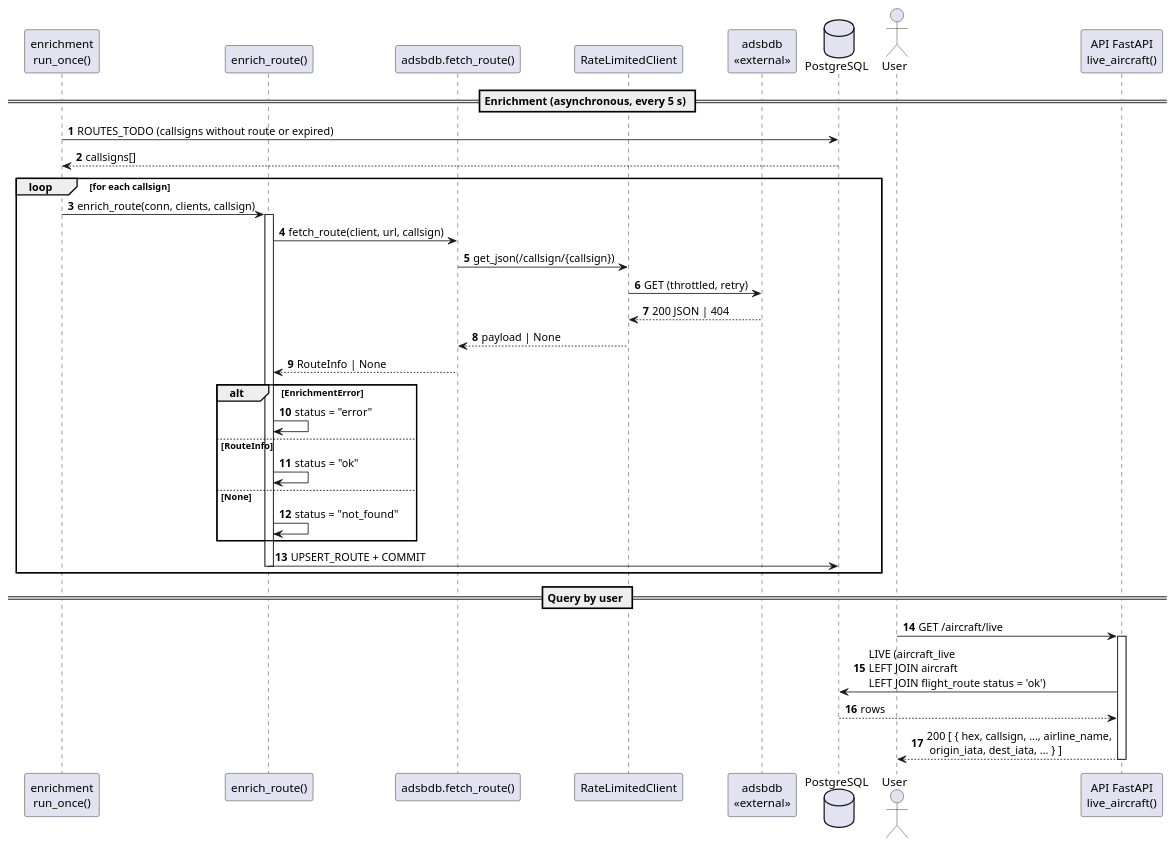
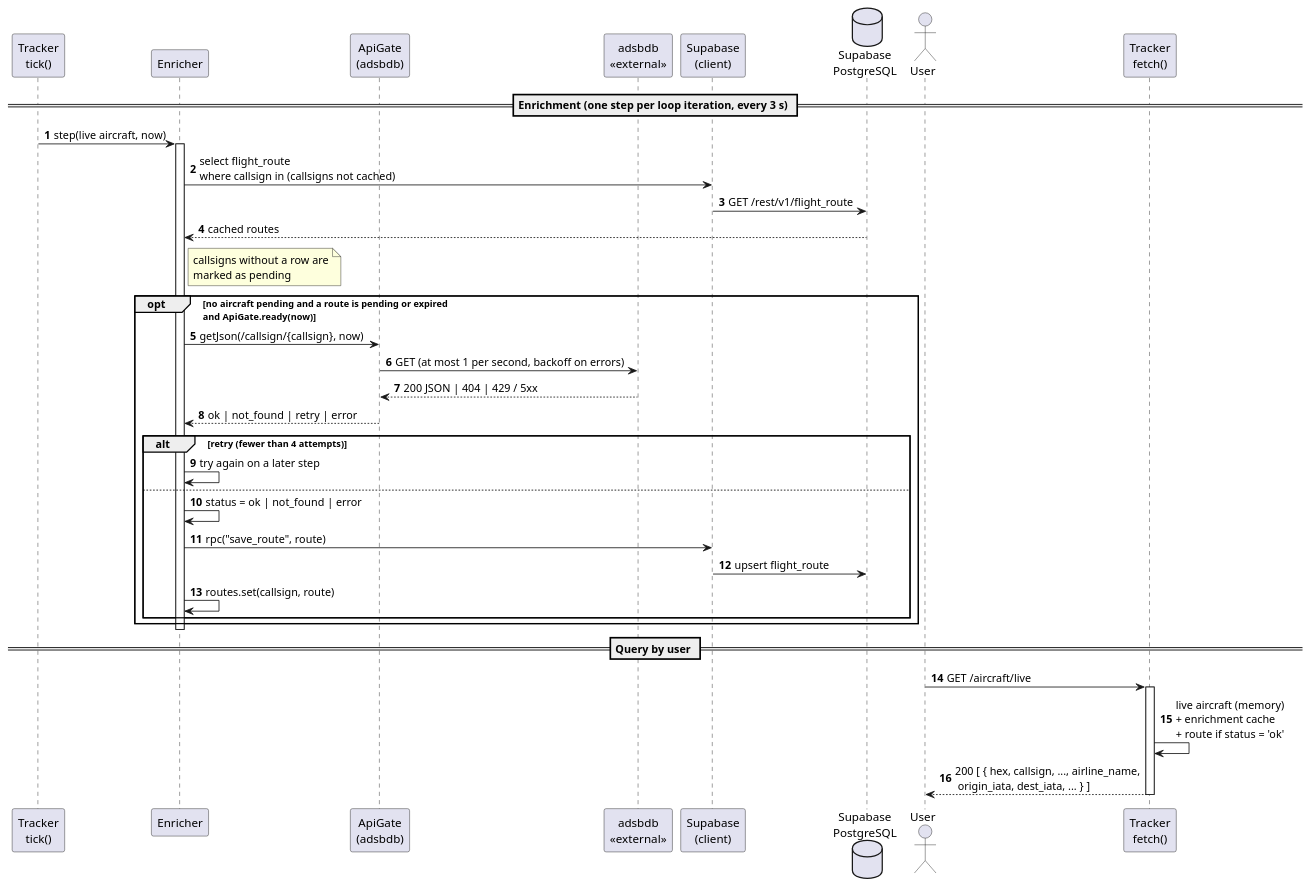
Before and after one commit to miguelsiilva1/SkyTracer: the diagram in docs/system-documentation/use-cases/US03/puml/sd_us03.puml, drawn with PlantUML. The commit also changed 31 other files, not shown here.

Commit message:
docs: update architecture documentation for the Cloudflare and Supabase backend

```diff
--- a/docs/system-documentation/use-cases/US03/puml/sd_us03.puml
+++ b/docs/system-documentation/use-cases/US03/puml/sd_us03.puml
@@ -1,42 +1,41 @@
 @startuml
 autonumber
-participant "enrichment\nrun_once()" as W
-participant "enrich_route()" as ER
-participant "adsbdb.fetch_route()" as A
-participant "RateLimitedClient" as RL
+participant "Tracker\ntick()" as T
+participant "Enricher" as E
+participant "ApiGate\n(adsbdb)" as G
 participant "adsbdb\n<<external>>" as Ext
-database "PostgreSQL" as DB
+participant "Supabase\n(client)" as S
+database "Supabase\nPostgreSQL" as DB
 actor "User" as U
-participant "API FastAPI\nlive_aircraft()" as API
+participant "Tracker\nfetch()" as API
 
-== Enrichment (asynchronous, every 5 s) ==
-W -> DB : ROUTES_TODO (callsigns without route or expired)
-DB --> W : callsigns[]
-loop for each callsign
-  W -> ER : enrich_route(conn, clients, callsign)
-  activate ER
-  ER -> A : fetch_route(client, url, callsign)
-  A -> RL : get_json(/callsign/{callsign})
-  RL -> Ext : GET (throttled, retry)
-  Ext --> RL : 200 JSON | 404
-  RL --> A : payload | None
-  A --> ER : RouteInfo | None
-  alt EnrichmentError
-    ER -> ER : status = "error"
-  else RouteInfo
-    ER -> ER : status = "ok"
-  else None
-    ER -> ER : status = "not_found"
+== Enrichment (one step per loop iteration, every 3 s) ==
+T -> E : step(live aircraft, now)
+activate E
+E -> S : select flight_route\nwhere callsign in (callsigns not cached)
+S -> DB : GET /rest/v1/flight_route
+DB --> E : cached routes
+note right of E: callsigns without a row are\nmarked as pending
+opt no aircraft pending and a route is pending or expired\nand ApiGate.ready(now)
+  E -> G : getJson(/callsign/{callsign}, now)
+  G -> Ext : GET (at most 1 per second, backoff on errors)
+  Ext --> G : 200 JSON | 404 | 429 / 5xx
+  G --> E : ok | not_found | retry | error
+  alt retry (fewer than 4 attempts)
+    E -> E : try again on a later step
+  else
+    E -> E : status = ok | not_found | error
+    E -> S : rpc("save_route", route)
+    S -> DB : upsert flight_route
+    E -> E : routes.set(callsign, route)
   end
-  ER -> DB : UPSERT_ROUTE + COMMIT
-  deactivate ER
 end
+deactivate E
 
 == Query by user ==
 U -> API : GET /aircraft/live
 activate API
-API -> DB : LIVE (aircraft_live\nLEFT JOIN aircraft\nLEFT JOIN flight_route status = 'ok')
-DB --> API : rows
+API -> API : live aircraft (memory)\n+ enrichment cache\n+ route if status = 'ok'
 API --> U : 200 [ { hex, callsign, ..., airline_name,\n origin_iata, dest_iata, ... } ]
 deactivate API
 @enduml
```
